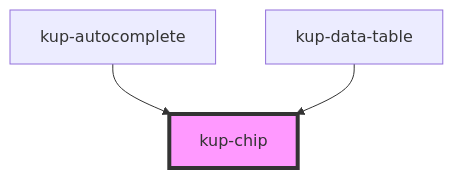
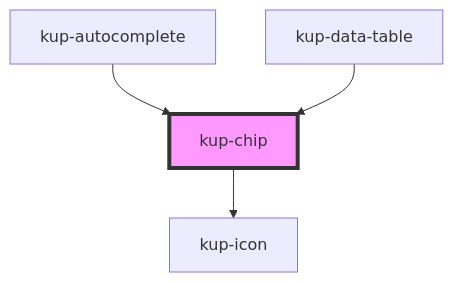
The diagram in packages/ketchup/src/components/kup-chip/readme.md (smeup/ketchup), drawn with Mermaid before and after one commit. The commit also changed other lines of this file and 60 other files, not shown here.

Commit message:
wup icon > kup icon. Fixes to showcase. Regen of readme files.

````diff
--- a/packages/ketchup/src/components/kup-chip/readme.md
+++ b/packages/ketchup/src/components/kup-chip/readme.md
@@ -44,6 +40,7 @@
 ```mermaid
 graph TD;
+  kup-chip --> kup-icon
   kup-autocomplete --> kup-chip
   kup-data-table --> kup-chip
   style kup-chip fill:#f9f,stroke:#333,stroke-width:4px
 ```
````
